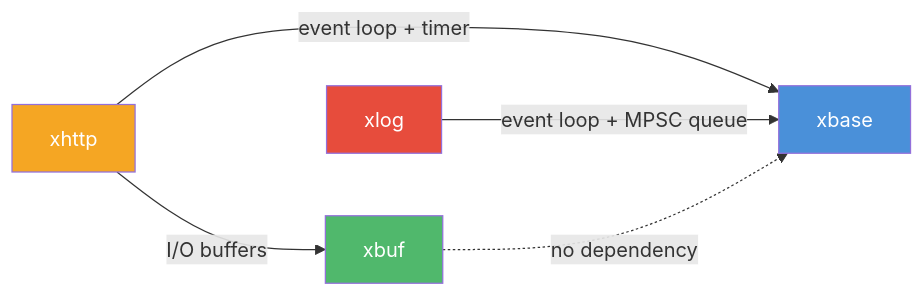
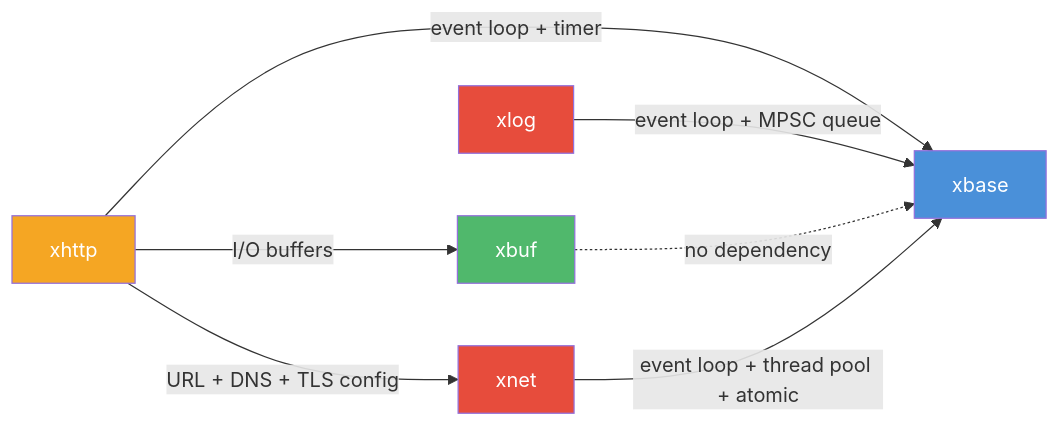
One commit to mivinci/DownloadKit changed the second of 2 diagrams in docs/xbase/README.md. Above: the diagram before and after it, drawn with Mermaid. The commit also changed other lines of this file and 5 other files, not shown here.

````diff
--- a/docs/xbase/README.md
+++ b/docs/xbase/README.md
@@ -153,17 +153,21 @@
 ```mermaid
 graph LR
     XBASE["xbase"]
     XBUF["xbuf"]
     XHTTP["xhttp"]
     XLOG["xlog"]
 
     XHTTP -->|"event loop + timer"| XBASE
     XHTTP -->|"I/O buffers"| XBUF
     XLOG -->|"event loop + MPSC queue"| XBASE
     XBUF -.->|"no dependency"| XBASE
+    XNET["xnet"]
+    XNET -->|"event loop + thread pool + atomic"| XBASE
+    XHTTP -->|"URL + DNS + TLS config"| XNET
 
     style XBASE fill:#4a90d9,color:#fff
     style XBUF fill:#50b86c,color:#fff
     style XHTTP fill:#f5a623,color:#fff
     style XLOG fill:#e74c3c,color:#fff
+    style XNET fill:#e74c3c,color:#fff
 ```
````
